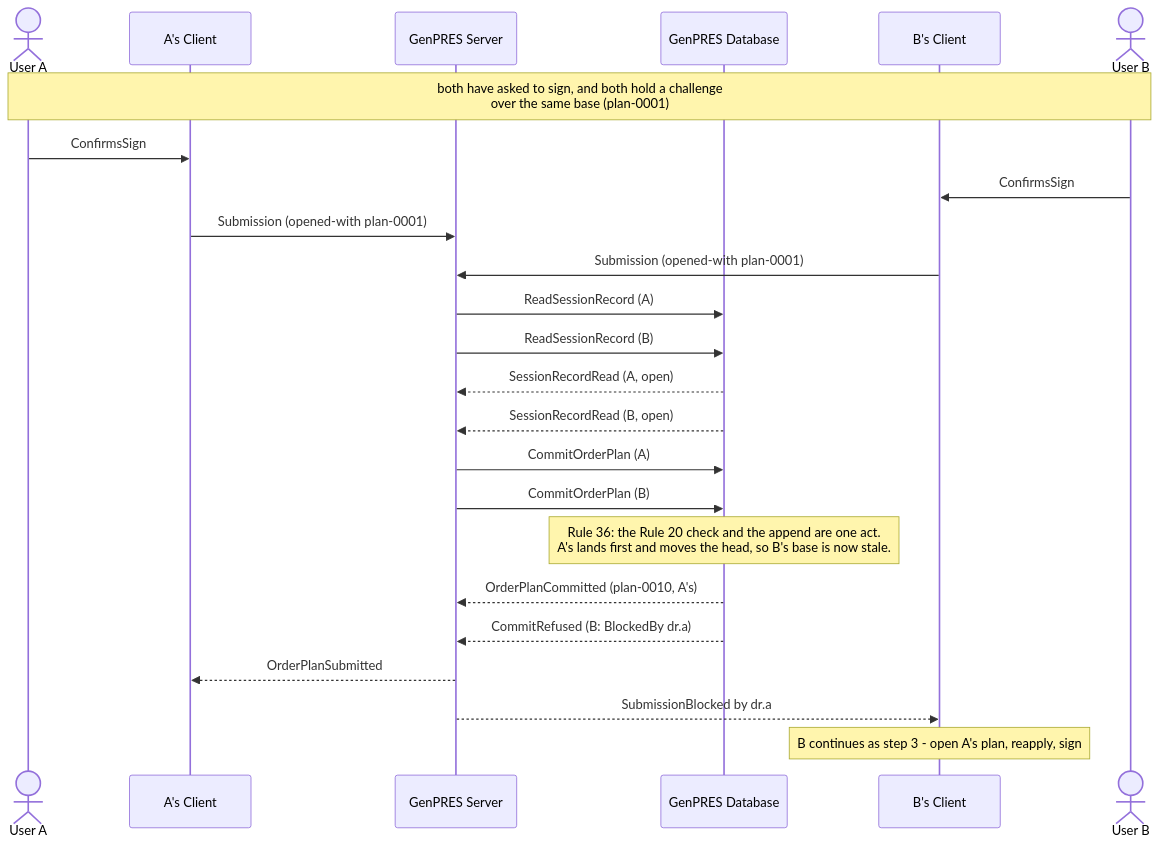
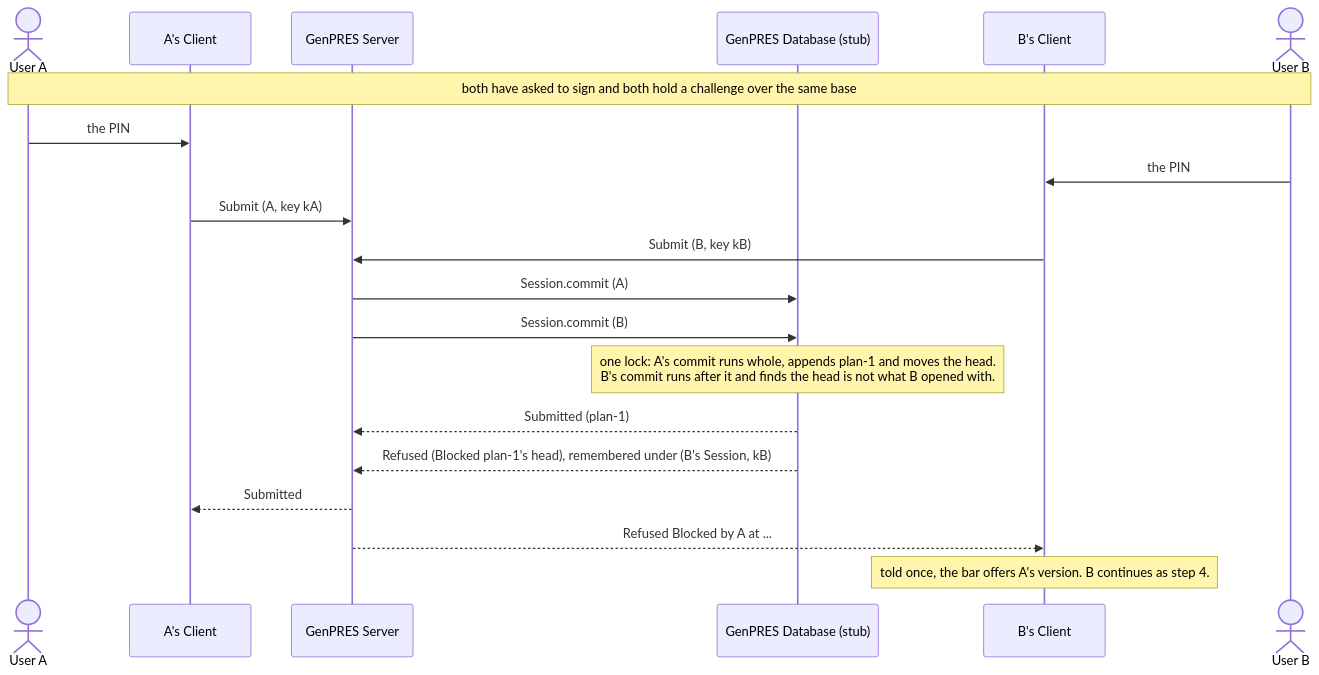
Before and after one commit to informedica/GenPRES: the second of 2 diagrams in docs/scenarios/integration/uc-04-two-users.md, drawn with Mermaid. The commit also changed other lines of this file and 13 other files, not shown here.

````diff
--- a/docs/scenarios/integration/uc-04-two-users.md
+++ b/docs/scenarios/integration/uc-04-two-users.md
@@ -86,33 +85,28 @@
 ```mermaid
 sequenceDiagram
     actor A as User A
     participant CA as A's Client
     participant S as GenPRES Server
-    participant D as GenPRES Database
+    participant D as GenPRES Database (stub)
     participant CB as B's Client
     actor B as User B
 
-    Note over A,B: both have asked to sign, and both hold a challenge<br/>over the same base (plan-0001)
+    Note over A,B: both have asked to sign and both hold a challenge over the same base
 
-    A->>CA: ConfirmsSign
-    B->>CB: ConfirmsSign
-    CA->>S: Submission (opened-with plan-0001)
-    CB->>S: Submission (opened-with plan-0001)
+    A->>CA: the PIN
+    B->>CB: the PIN
+    CA->>S: Submit (A, key kA)
+    CB->>S: Submit (B, key kB)
 
-    S->>D: ReadSessionRecord (A)
-    S->>D: ReadSessionRecord (B)
-    D-->>S: SessionRecordRead (A, open)
-    D-->>S: SessionRecordRead (B, open)
+    S->>D: Session.commit (A)
+    S->>D: Session.commit (B)
 
-    S->>D: CommitOrderPlan (A)
-    S->>D: CommitOrderPlan (B)
+    Note over D: one lock: A's commit runs whole, appends plan-1 and moves the head.<br/>B's commit runs after it and finds the head is not what B opened with.
 
-    Note over D: Rule 36: the Rule 20 check and the append are one act.<br/>A's lands first and moves the head, so B's base is now stale.
+    D-->>S: Submitted (plan-1)
+    D-->>S: Refused (Blocked plan-1's head), remembered under (B's Session, kB)
 
-    D-->>S: OrderPlanCommitted (plan-0010, A's)
-    D-->>S: CommitRefused (B: BlockedBy dr.a)
-
-    S-->>CA: OrderPlanSubmitted
-    S-->>CB: SubmissionBlocked by dr.a
-    Note over CB: B continues as step 3 - open A's plan, reapply, sign
+    S-->>CA: Submitted
+    S-->>CB: Refused Blocked by A at ...
+    Note over CB: told once, the bar offers A's version. B continues as step 4.
 ```
````
